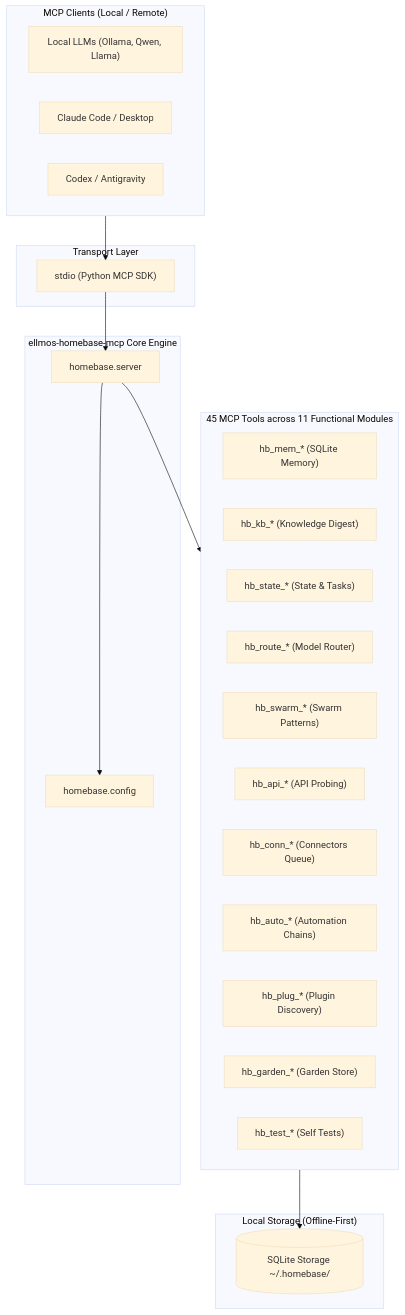
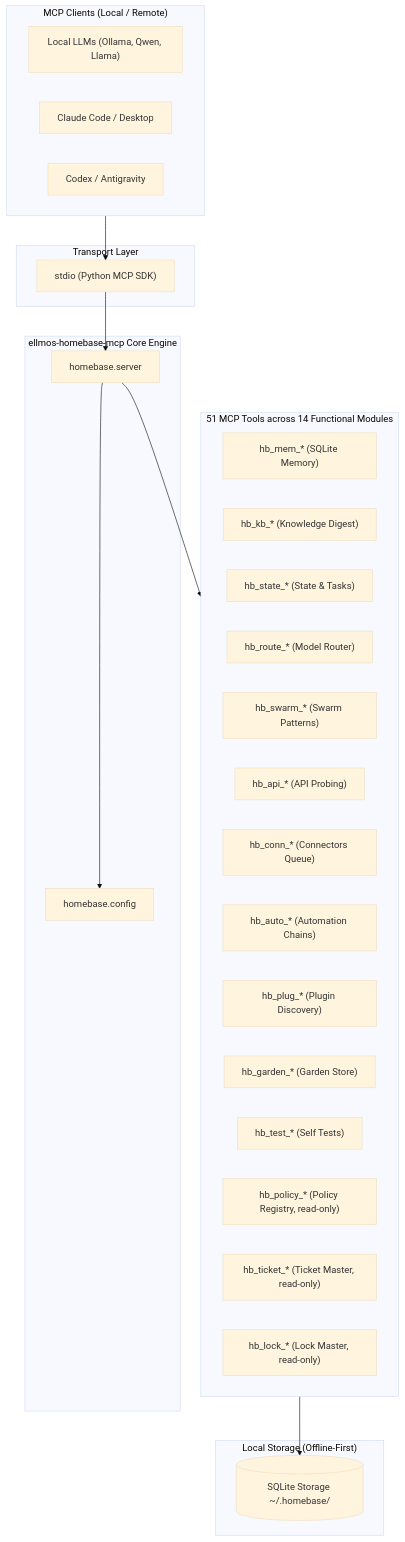
Before and after one commit to ellmos-ai/ellmos-homebase-mcp: the first of 2 diagrams in README.md, drawn with Mermaid (base theme). The commit also changed other lines of this file and 20 other files, not shown here.

````diff
--- a/README.md
+++ b/README.md
@@ -54,41 +54,44 @@
 ```mermaid
 flowchart TD
     subgraph Clients ["MCP Clients (Local / Remote)"]
         Ollama["Local LLMs (Ollama, Qwen, Llama)"]
         Claude["Claude Code / Desktop"]
         Codex["Codex / Antigravity"]
     end
 
     subgraph Transport ["Transport Layer"]
         Stdio["stdio (Python MCP SDK)"]
     end
 
     subgraph Core ["ellmos-homebase-mcp Core Engine"]
         Server["homebase.server"]
         Config["homebase.config"]
     end
 
-    subgraph ToolGroups ["45 MCP Tools across 11 Functional Modules"]
+    subgraph ToolGroups ["51 MCP Tools across 14 Functional Modules"]
         Mem["hb_mem_* (SQLite Memory)"]
         KB["hb_kb_* (Knowledge Digest)"]
         State["hb_state_* (State & Tasks)"]
         Route["hb_route_* (Model Router)"]
         Swarm["hb_swarm_* (Swarm Patterns)"]
         Api["hb_api_* (API Probing)"]
         Conn["hb_conn_* (Connectors Queue)"]
         Auto["hb_auto_* (Automation Chains)"]
         Plug["hb_plug_* (Plugin Discovery)"]
         Garden["hb_garden_* (Garden Store)"]
         Test["hb_test_* (Self Tests)"]
+        Policy["hb_policy_* (Policy Registry, read-only)"]
+        Ticket["hb_ticket_* (Ticket Master, read-only)"]
+        Lock["hb_lock_* (Lock Master, read-only)"]
     end
 
     subgraph Storage ["Local Storage (Offline-First)"]
         DB[(SQLite Storage ~/.homebase/)]
     end
 
     Clients --> Stdio
     Stdio --> Server
     Server --> Config
     Server --> ToolGroups
     ToolGroups --> DB
 ```
````
